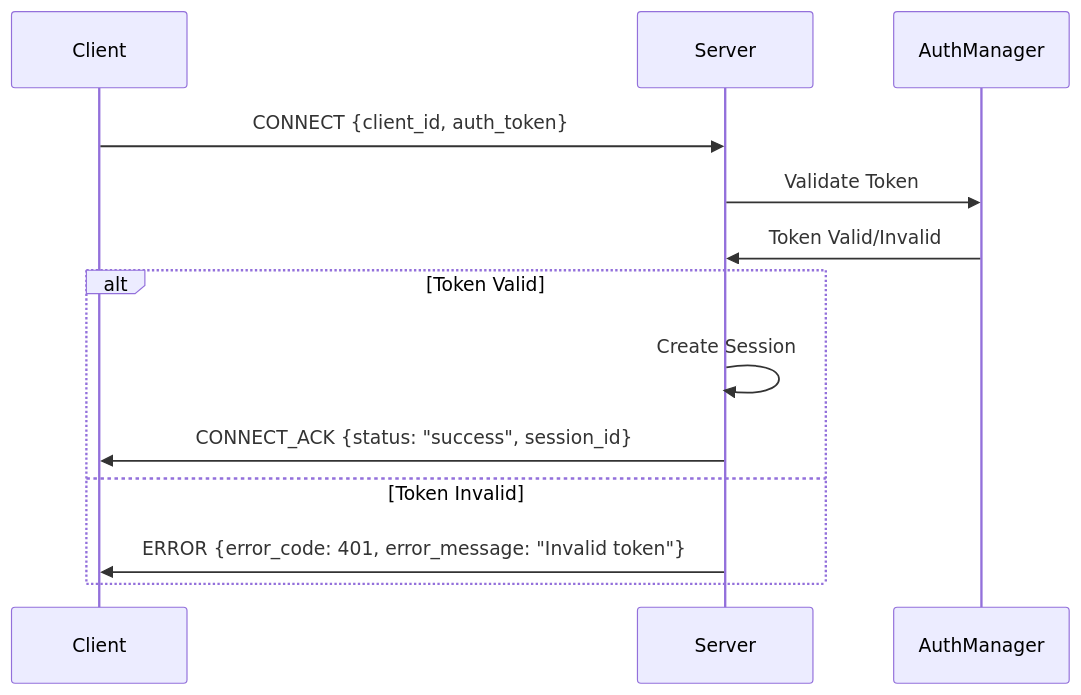
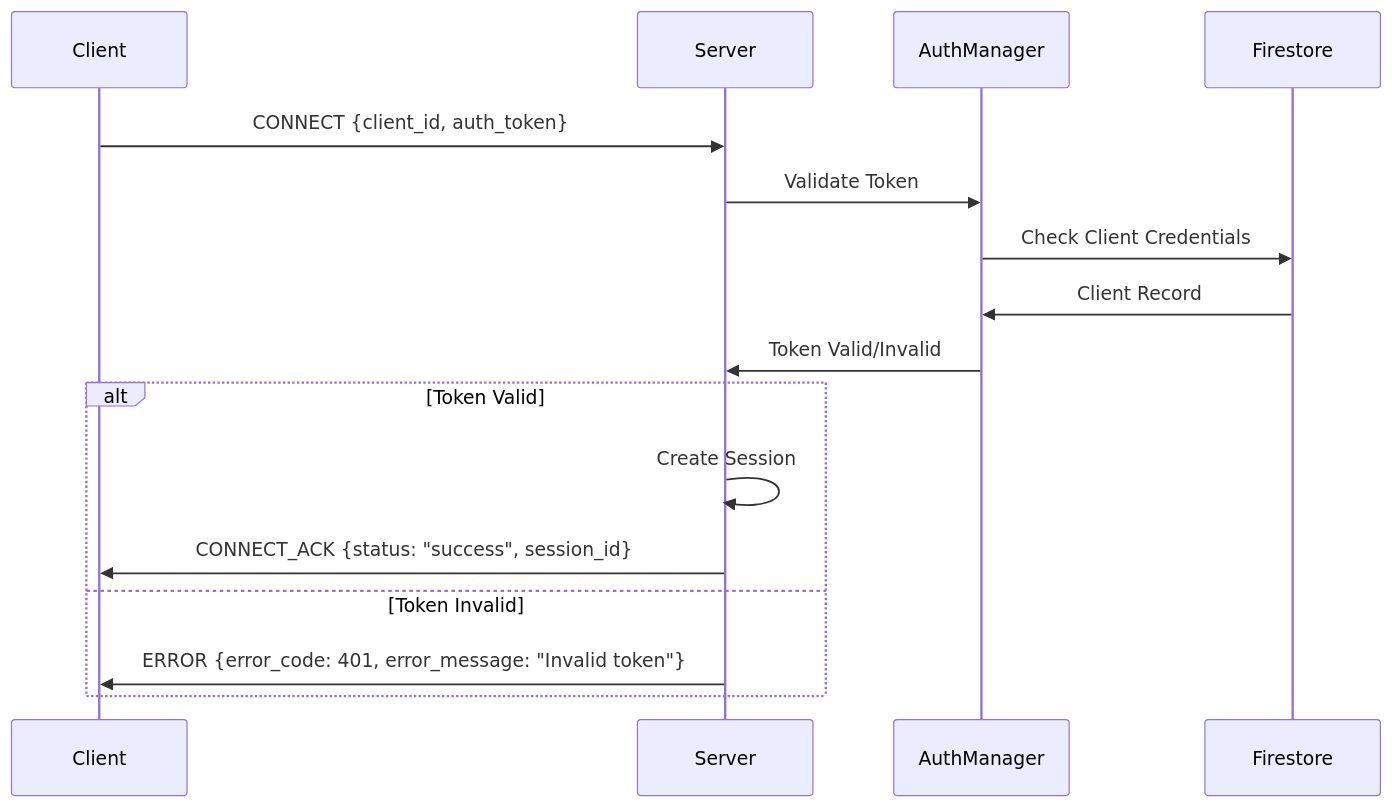
One commit to openagentlabs/keahi_ambient_agent_service changed the fourth of 12 diagrams in docs/signal_manager_service_protocol.md. Above: the diagram before and after it, drawn with Mermaid. The commit also changed other lines of this file and 50 other files, not shown here.

````diff
--- a/docs/signal_manager_service_protocol.md
+++ b/docs/signal_manager_service_protocol.md
@@ -173,16 +455,19 @@
 ```mermaid
 sequenceDiagram
     participant Client
     participant Server
     participant AuthManager
+    participant Firestore
     
     Client->>Server: CONNECT {client_id, auth_token}
     Server->>AuthManager: Validate Token
+    AuthManager->>Firestore: Check Client Credentials
+    Firestore->>AuthManager: Client Record
     AuthManager->>Server: Token Valid/Invalid
     alt Token Valid
         Server->>Server: Create Session
         Server->>Client: CONNECT_ACK {status: "success", session_id}
     else Token Invalid
         Server->>Client: ERROR {error_code: 401, error_message: "Invalid token"}
     end
 ```
````
